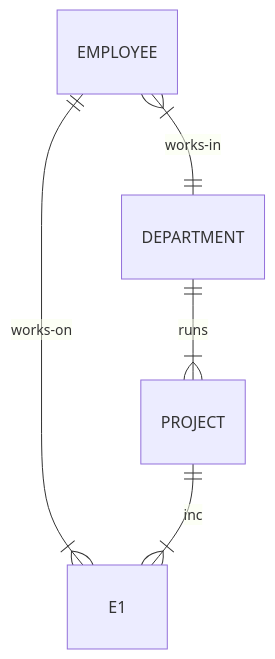
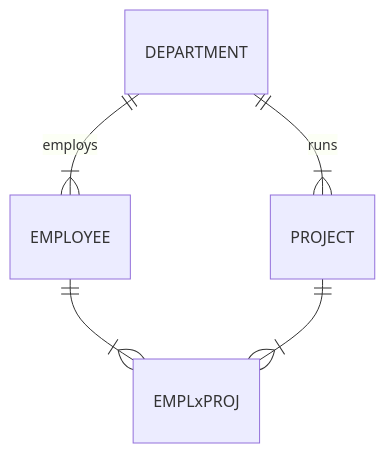
The third of 4 diagrams in h/hierarchical_data_models.md (conmaol/maglocunus), drawn with Mermaid before and after one commit. The commit also changed other lines of this file, not shown here.

First line of the commit message:
Add mermaid diagrams for hierarchical data models

````diff
--- a/h/hierarchical_data_models.md
+++ b/h/hierarchical_data_models.md
@@ -16,7 +35,7 @@
 ```mermaid
 erDiagram
-    EMPLOYEE }|--|| DEPARTMENT : works-in
+    DEPARTMENT ||--|{ EMPLOYEE : employs
     DEPARTMENT ||--|{ PROJECT : runs
-    EMPLOYEE ||--|{ E1 : works-on
-    PROJECT ||--|{ E1 : inc
+    EMPLOYEE ||--|{ EMPLxPROJ : " "
+    PROJECT ||--|{ EMPLxPROJ : " "
 ```
````
